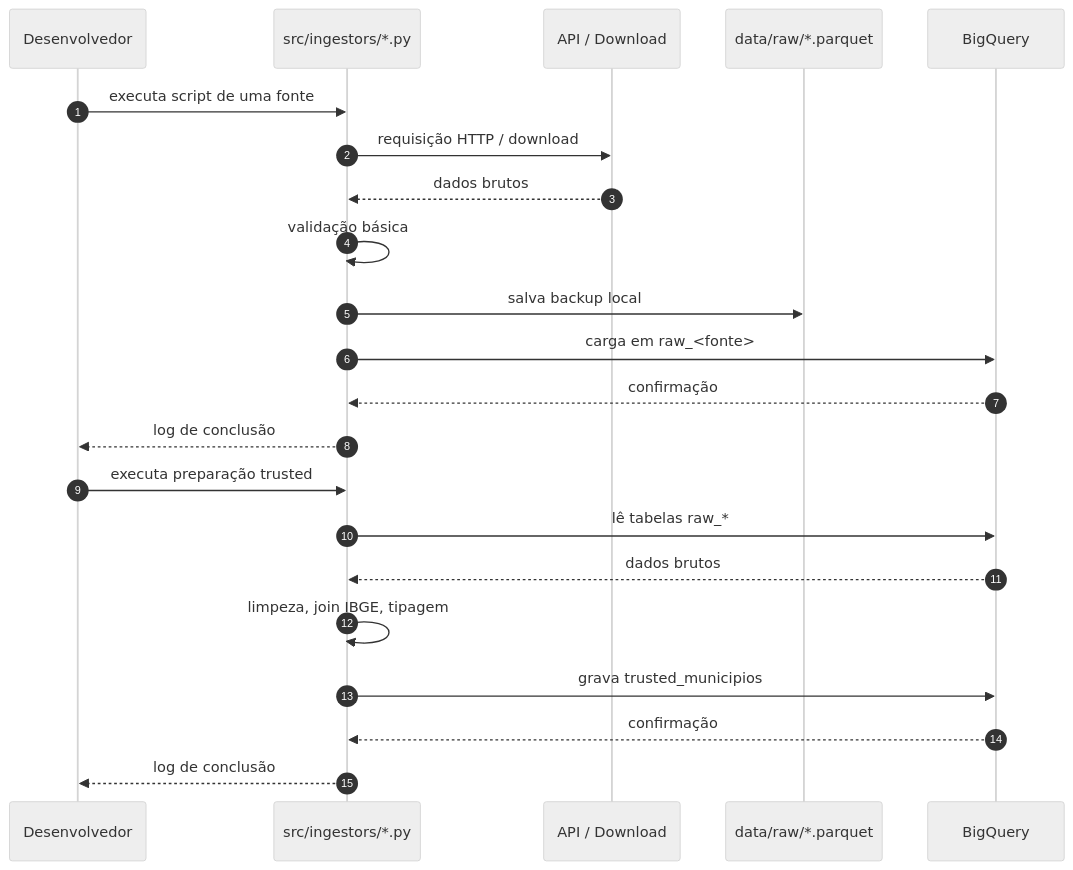
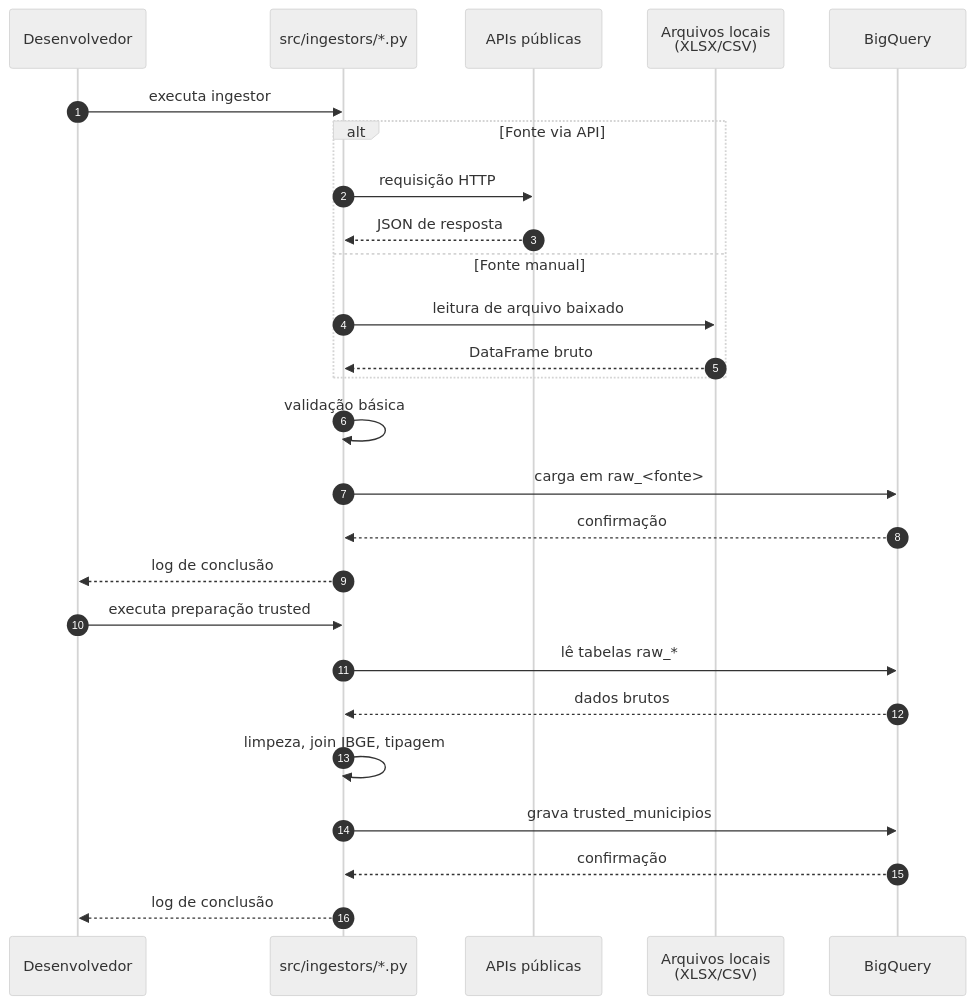
One commit to LucioFrCruz/heluvina_projeto_final_202602 changed the second of 4 diagrams in docs/Arquitetura_Tecnica.md. Above: the diagram before and after it, drawn with Mermaid (neutral theme). The commit also changed other lines of this file and 3 other files, not shown here.

Commit message:
docs: revisa arquitetura sem cache parquet, distingue api vs manual e ajusta banda larga fixa

````diff
--- a/docs/Arquitetura_Tecnica.md
+++ b/docs/Arquitetura_Tecnica.md
@@ -86,26 +140,30 @@
 ```mermaid
 sequenceDiagram
     autonumber
     participant Dev as Desenvolvedor
     participant Script as src/ingestors/*.py
-    participant API as API / Download
-    participant Cache as data/raw/*.parquet
+    participant API as APIs públicas
+    participant Files as Arquivos locais<br/>(XLSX/CSV)
     participant BQ as BigQuery
 
-    Dev->>Script: executa script de uma fonte
-    Script->>API: requisição HTTP / download
-    API-->>Script: dados brutos
+    Dev->>Script: executa ingestor
+    alt Fonte via API
+        Script->>API: requisição HTTP
+        API-->>Script: JSON de resposta
+    else Fonte manual
+        Script->>Files: leitura de arquivo baixado
+        Files-->>Script: DataFrame bruto
+    end
     Script->>Script: validação básica
-    Script->>Cache: salva backup local
     Script->>BQ: carga em raw_<fonte>
     BQ-->>Script: confirmação
     Script-->>Dev: log de conclusão
 
     Dev->>Script: executa preparação trusted
     Script->>BQ: lê tabelas raw_*
     BQ-->>Script: dados brutos
     Script->>Script: limpeza, join IBGE, tipagem
     Script->>BQ: grava trusted_municipios
     BQ-->>Script: confirmação
     Script-->>Dev: log de conclusão
 ```
````
